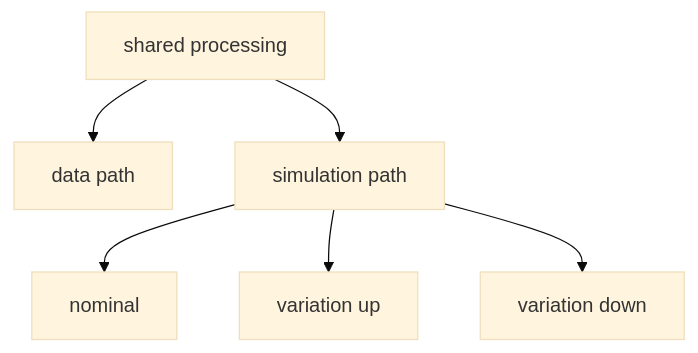
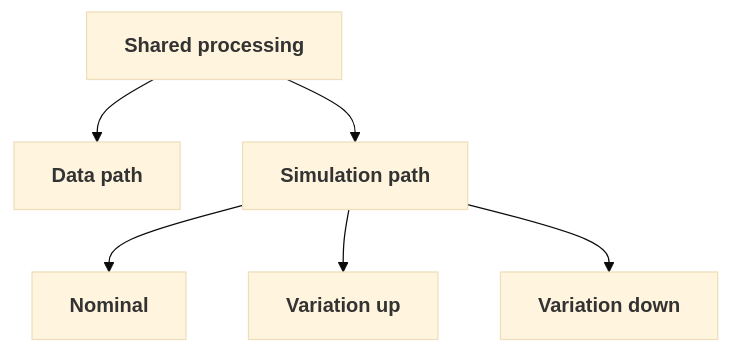
One commit to FAST-HEP/fasthep-flow changed the seventh of 8 diagrams in docs/execution/graph-structure.md. Above: the diagram before and after it, drawn with Mermaid (base theme). The commit also changed other lines of this file and 7 other files, not shown here.

````diff
--- a/docs/execution/graph-structure.md
+++ b/docs/execution/graph-structure.md
@@ -482,18 +482,18 @@
 ```{mermaid}
 flowchart TD
-    Common["shared processing"]
+    Common["<b>Shared processing</b>"]:::transform
 
-    Data["data path"]
-    MC["simulation path"]
+    Data["<b>Data path</b>"]:::transform
+    MC["<b>Simulation path</b>"]:::transform
 
-    Nominal["nominal"]
-    Up["variation up"]
-    Down["variation down"]
+    Nominal["<b>Nominal</b>"]:::transform
+    Up["<b>Variation up</b>"]:::transform
+    Down["<b>Variation down</b>"]:::transform
 
     Common --> Data
     Common --> MC
 
     MC --> Nominal
     MC --> Up
     MC --> Down
 ```
````
